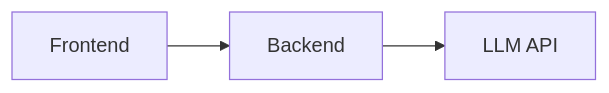
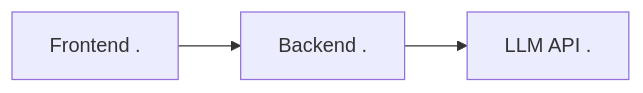
One commit to g4s8/gdf-am-2025 changed the first of 5 diagrams in site/content/_index.md. Above: the diagram before and after it, drawn with Mermaid. The commit also changed other lines of this file, not shown here.

```diff
--- a/site/content/_index.md
+++ b/site/content/_index.md
@@ -40,6 +40,6 @@
 {{< mermaid >}}
 graph LR
-    A["Frontend   "]
-    A --> B["Backend   "]
-    B --> C["LLM API   "]
+    A["Frontend   ."]
+    A --> B["Backend   ."]
+    B --> C["LLM API   ."]
 {{< /mermaid >}}
```
